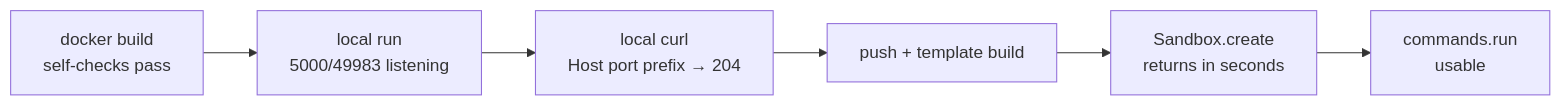
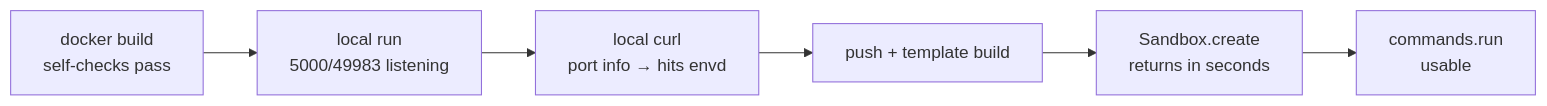
Before and after one commit to aliyun-fc/fc-docs: the fourth of 5 diagrams in docs/en-US/01.FC Agent Sandbox/05.Best Practices/10.envd Integration Tutorial - Turn Your Own Image into an e2b Sandbox Template.md, drawn with Mermaid. The commit also changed other lines of this file and 1 other file, not shown here.

First line of the commit message:
docs: sync envd tutorial EN with authoritative ZH source

````diff
--- a/docs/en-US/01.FC Agent Sandbox/05.Best Practices/10.envd Integration Tutorial - Turn Your Own Image into an e2b Sandbox Template.md
+++ b/docs/en-US/01.FC Agent Sandbox/05.Best Practices/10.envd Integration Tutorial - Turn Your Own Image into an e2b Sandbox Template.md
@@ -352,8 +374,8 @@
 ```mermaid
 flowchart LR
     A["docker build<br/>self-checks pass"] --> B["local run<br/>5000/49983 listening"]
-    B --> C["local curl<br/>Host port prefix → 204"]
+    B --> C["local curl<br/>port info → hits envd"]
     C --> D["push + template build"]
     D --> E["Sandbox.create<br/>returns in seconds"]
     E --> F["commands.run<br/>usable"]
 ```
````
